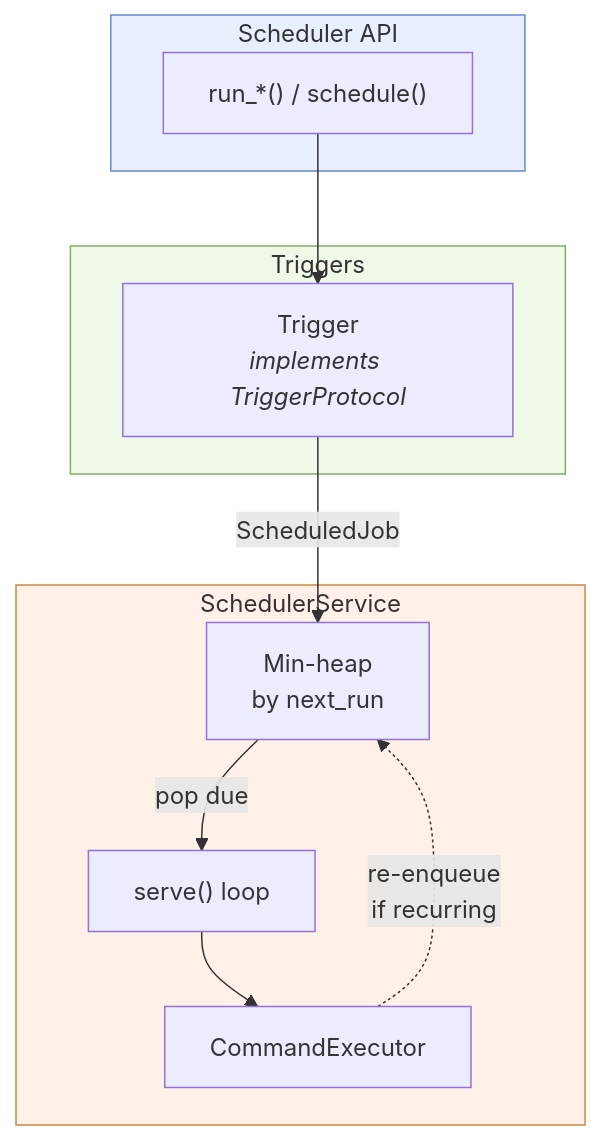
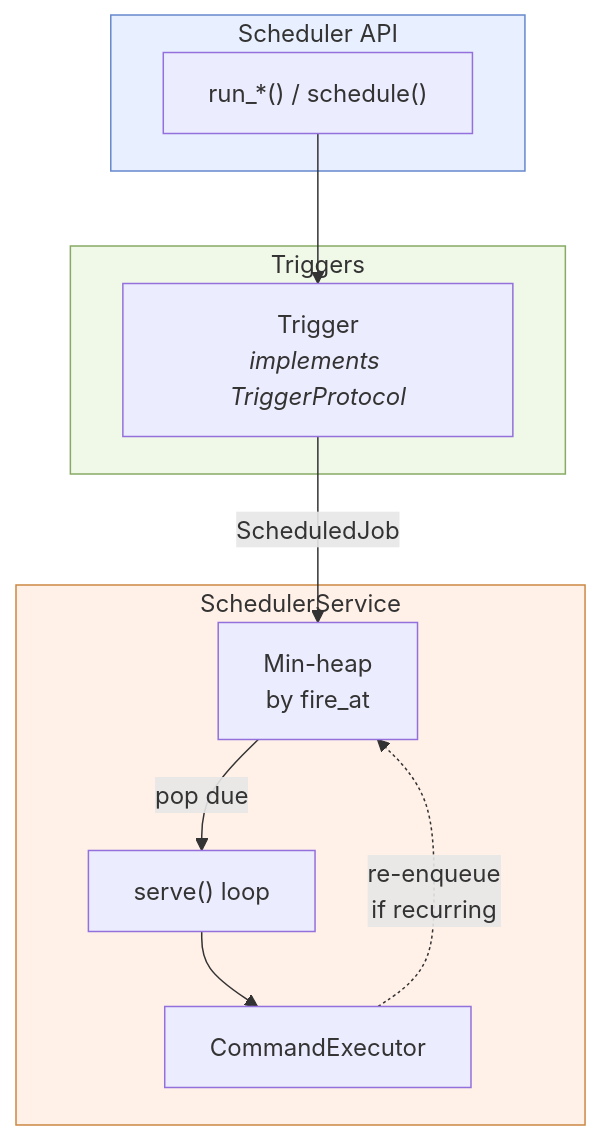
The second of 5 diagrams in docs/pages/core-concepts/internals/service-details.md (NodeJSmith/hassette), drawn with Mermaid before and after one commit. The commit also changed other lines of this file, not shown here.

Commit message:
docs: correct scheduler due-time field to fire_at, not next_run

````diff
--- a/docs/pages/core-concepts/internals/service-details.md
+++ b/docs/pages/core-concepts/internals/service-details.md
@@ -94,28 +94,28 @@
 ```mermaid
 flowchart TD
     accTitle: Scheduler Job Pipeline
     accDescr: From convenience methods through triggers to the dispatch loop
 
     subgraph api["Scheduler API"]
         methods["run_*() / schedule()"]
     end
 
     subgraph triggers["Triggers"]
         T["Trigger<br/><i>implements TriggerProtocol</i>"]
     end
 
     subgraph engine["SchedulerService"]
-        heap["Min-heap<br/>by next_run"]
+        heap["Min-heap<br/>by fire_at"]
         loop["serve() loop"]
         exec["CommandExecutor"]
         heap -- "pop due" --> loop --> exec
     end
 
     methods --> T
     T -- "ScheduledJob" --> heap
     exec -. "re-enqueue<br/>if recurring" .-> heap
 
     style api fill:#e8f0ff,stroke:#6688cc
     style triggers fill:#f0f8e8,stroke:#88aa66
     style engine fill:#fff0e8,stroke:#cc8844
 ```
````
